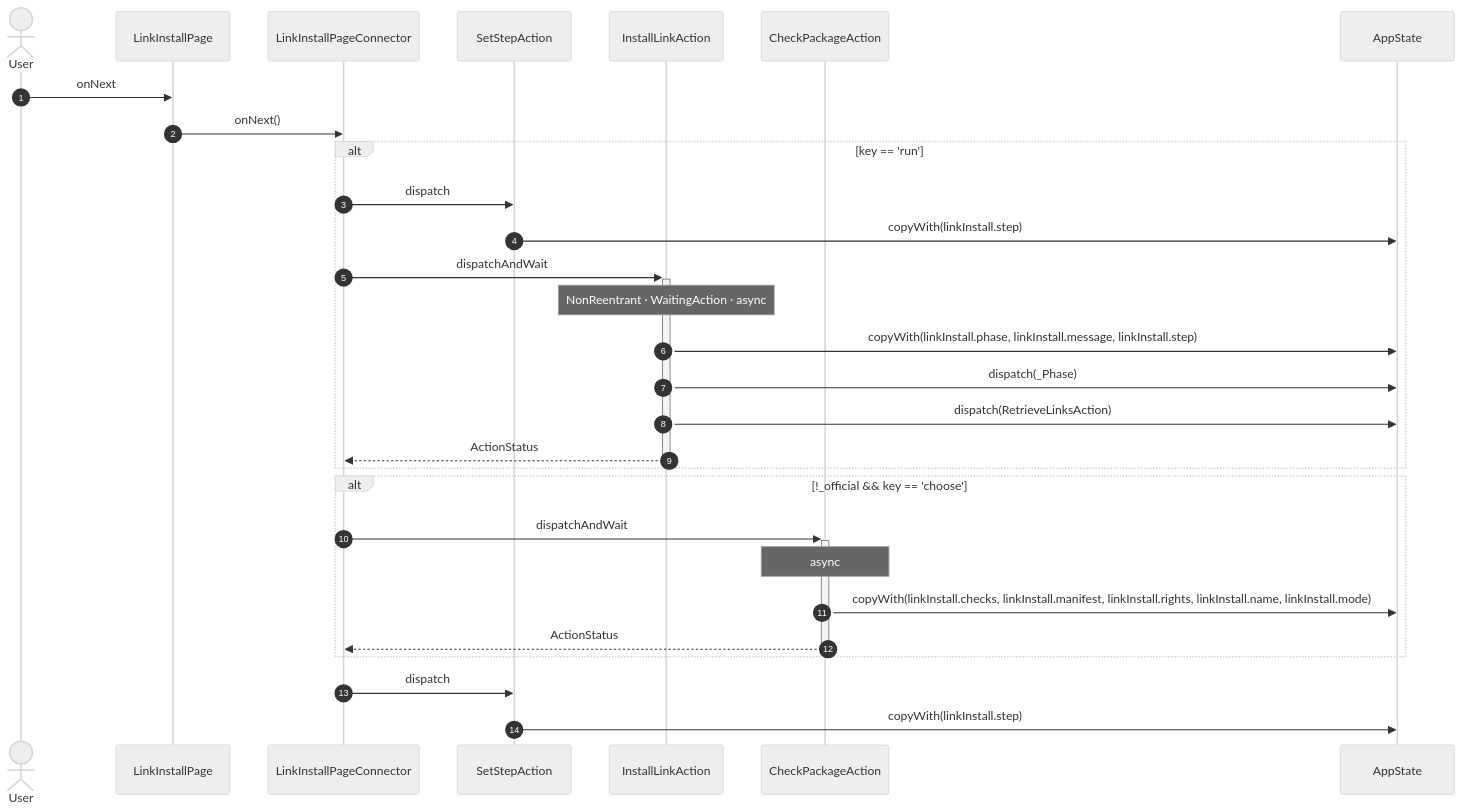
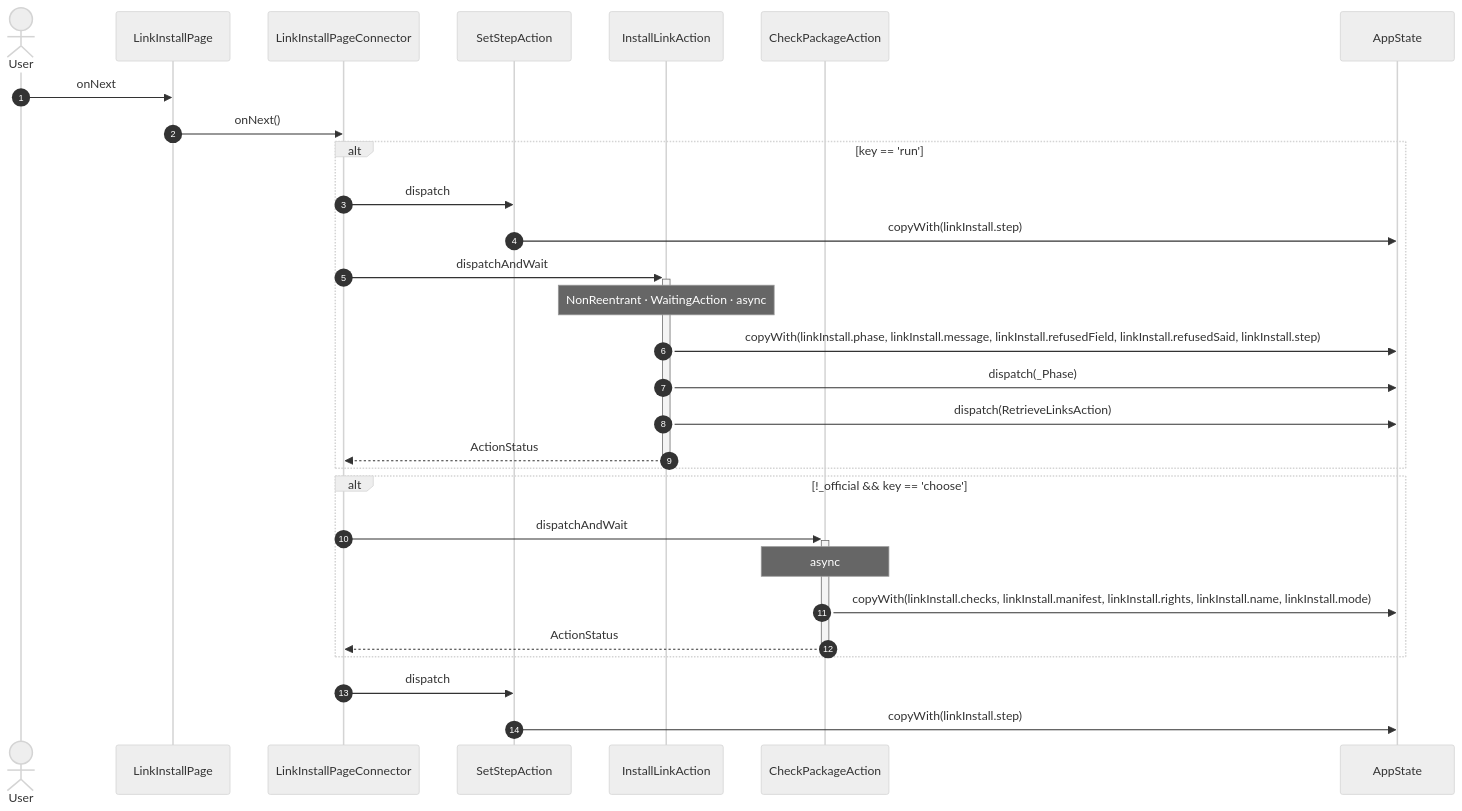
One commit to gencto/wyrm changed diagram 14 of 15 in studio/docs/flows/linkInstall.md. Above: the diagram before and after it, drawn with Mermaid (neutral theme). The commit also changed other lines of this file and 61 other files, not shown here.

````diff
--- a/studio/docs/flows/linkInstall.md
+++ b/studio/docs/flows/linkInstall.md
@@ -242,32 +242,32 @@
 ```mermaid
 sequenceDiagram
     autonumber
     actor User
     participant UI as LinkInstallPage
     participant VM as LinkInstallPageConnector
     participant A1 as SetStepAction
     participant A2 as InstallLinkAction
     participant A3 as CheckPackageAction
     participant ST as AppState
 
     User->>UI: onNext
     UI->>VM: onNext()
     alt key == 'run'
         VM->>A1: dispatch
         A1->>ST: copyWith(linkInstall.step)
         VM->>+A2: dispatchAndWait
         Note over A2: NonReentrant · WaitingAction · async
-        A2->>ST: copyWith(linkInstall.phase, linkInstall.message, linkInstall.step)
+        A2->>ST: copyWith(linkInstall.phase, linkInstall.message, linkInstall.refusedField, linkInstall.refusedSaid, linkInstall.step)
         A2->>ST: dispatch(_Phase)
         A2->>ST: dispatch(RetrieveLinksAction)
         A2-->>-VM: ActionStatus
     end
     alt !_official && key == 'choose'
         VM->>+A3: dispatchAndWait
         Note over A3: async
         A3->>ST: copyWith(linkInstall.checks, linkInstall.manifest, linkInstall.rights, linkInstall.name, linkInstall.mode)
         A3-->>-VM: ActionStatus
     end
     VM->>A1: dispatch
     A1->>ST: copyWith(linkInstall.step)
 ```
````
